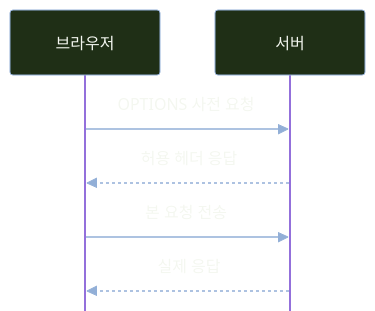
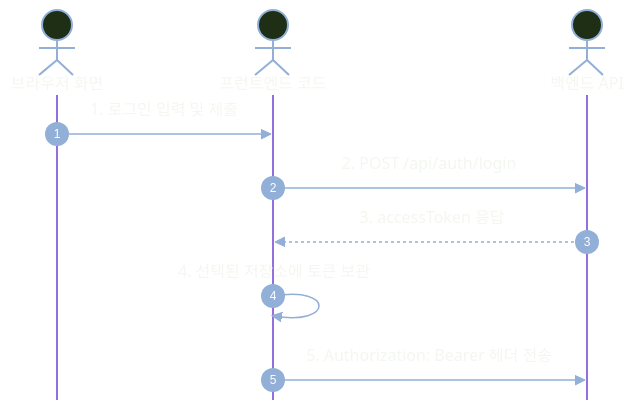
The second of 5 diagrams in slides.md (qus0in/slide-maker), drawn with Mermaid before and after one commit. The commit also changed other lines of this file, not shown here.

````diff
--- a/slides.md
+++ b/slides.md
@@ -333,27 +137,32 @@
 ```mermaid
 ---
 config:
   themeVariables:
-    lineColor: "#92AFD7"
     actorBkg: "#1F2F16"
     actorBorder: "#92AFD7"
     actorTextColor: "#F4F7F0"
     signalColor: "#92AFD7"
     signalTextColor: "#F4F7F0"
     activationBkgColor: "#5A7684"
     activationBorderColor: "#92AFD7"
     labelBoxBkgColor: "#1F2F16"
     labelBoxBorderColor: "#5A7684"
     labelTextColor: "#F4F7F0"
     loopTextColor: "#F4F7F0"
   sequence:
     actorMargin: 48
     messageMargin: 36
     mirrorActors: false
 ---
 sequenceDiagram
-  브라우저->>서버: OPTIONS 사전 요청
-  서버-->>브라우저: 허용 헤더 응답
-  브라우저->>서버: 본 요청 전송
-  서버-->>브라우저: 실제 응답
+  autonumber
+  actor Browser as 브라우저 화면
+  actor Client as 프런트엔드 코드
+  actor Server as 백엔드 API
+
+  Browser->>Client: 1. 로그인 입력 및 제출
+  Client->>Server: 2. POST /api/auth/login
+  Server-->>Client: 3. accessToken 응답
+  Client->>Client: 4. 선택된 저장소에 토큰 보관
+  Client->>Server: 5. Authorization: Bearer 헤더 전송
 ```
````
